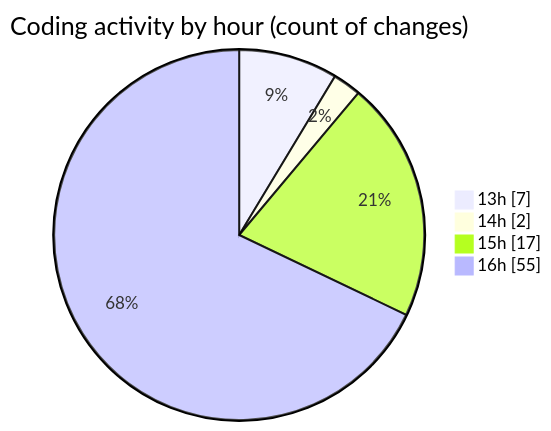
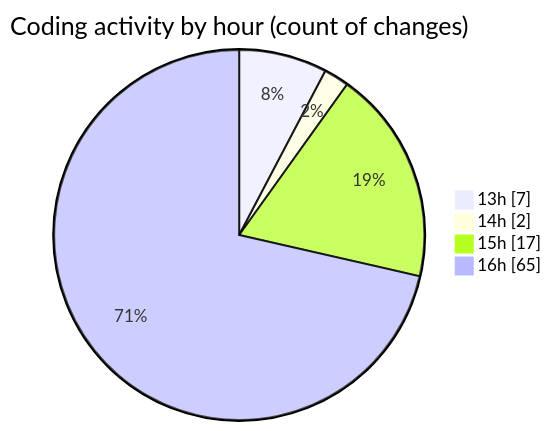
The second of 2 diagrams in 2025-02-24/micros/README.md (charlie-sans/code-tracking), drawn with Mermaid before and after one commit. The commit also changed other lines of this file and 1 other file, not shown here.

````diff
--- a/2025-02-24/micros/README.md
+++ b/2025-02-24/micros/README.md
@@ -45,8 +45,8 @@
 ```mermaid
 pie showData
 title Coding activity by hour (count of changes)
 "13h" : 7
 "14h" : 2
 "15h" : 17
-"16h" : 55
+"16h" : 65
 ```
````
